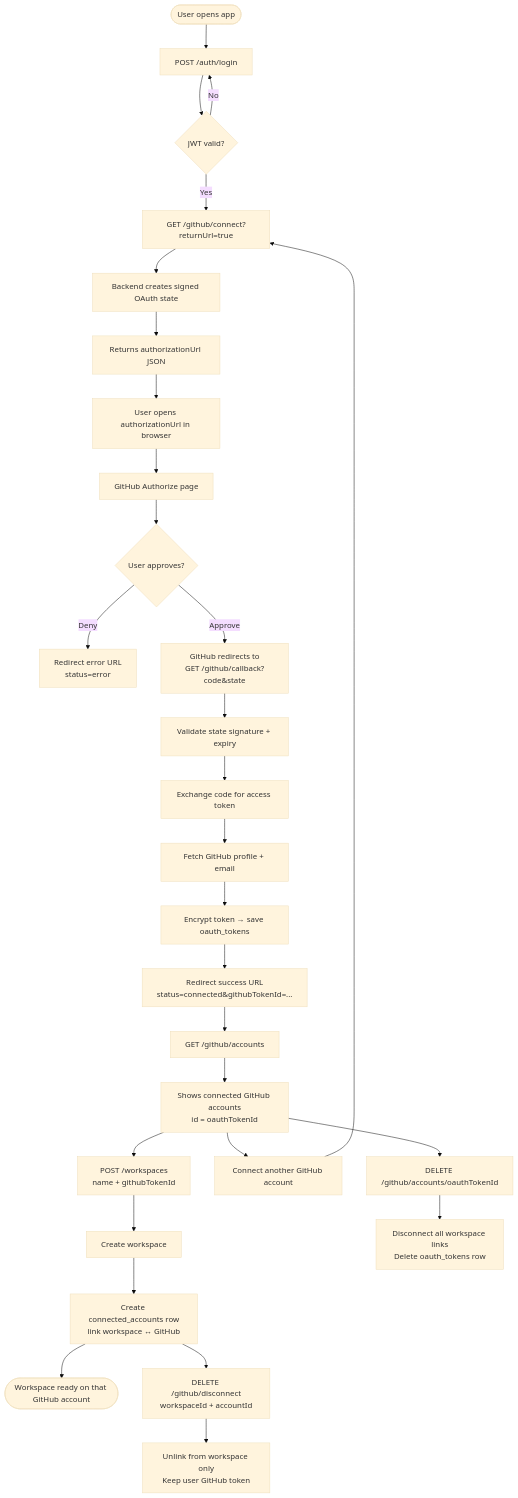
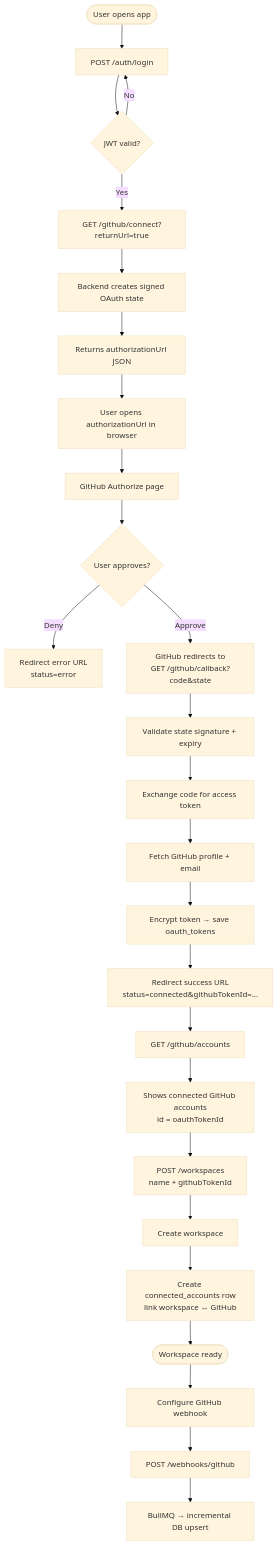
One commit to Sangram10c/AI-Digital-Twin-Platform changed the diagram in docs/backend/github-integration.md. Above: the diagram before and after it, drawn with Mermaid (base theme). The commit also changed other lines of this file and 41 other files, not shown here.

First line of the commit message:
feat(webhook): implement GitHub webhook processing module

````diff
--- a/docs/backend/github-integration.md
+++ b/docs/backend/github-integration.md
@@ -21,39 +31,34 @@
 ```mermaid
 flowchart TD
   A([User opens app]) --> B[POST /auth/login]
   B --> C{JWT valid?}
   C -->|No| B
   C -->|Yes| D[GET /github/connect?returnUrl=true]
 
   D --> E[Backend creates signed OAuth state]
   E --> F[Returns authorizationUrl JSON]
   F --> G[User opens authorizationUrl in browser]
   G --> H[GitHub Authorize page]
 
   H --> I{User approves?}
   I -->|Deny| J[Redirect error URL<br/>status=error]
   I -->|Approve| K[GitHub redirects to<br/>GET /github/callback?code&state]
 
   K --> L[Validate state signature + expiry]
   L --> M[Exchange code for access token]
   M --> N[Fetch GitHub profile + email]
   N --> O[Encrypt token → save oauth_tokens]
   O --> P[Redirect success URL<br/>status=connected&githubTokenId=...]
 
   P --> Q[GET /github/accounts]
   Q --> R[Shows connected GitHub accounts<br/>id = oauthTokenId]
 
   R --> S[POST /workspaces<br/>name + githubTokenId]
   S --> T[Create workspace]
   T --> U[Create connected_accounts row<br/>link workspace ↔ GitHub]
-  U --> V([Workspace ready on that GitHub account])
+  U --> V([Workspace ready])
 
-  R --> W[Connect another GitHub account]
-  W --> D
-
-  R --> X[DELETE /github/accounts/oauthTokenId]
-  X --> Y[Disconnect all workspace links<br/>Delete oauth_tokens row]
-
-  U --> Z[DELETE /github/disconnect<br/>workspaceId + accountId]
-  Z --> AA[Unlink from workspace only<br/>Keep user GitHub token]
+  V --> W[Configure GitHub webhook]
+  W --> X[POST /webhooks/github]
+  X --> Y[BullMQ → incremental DB upsert]
 ```
````
